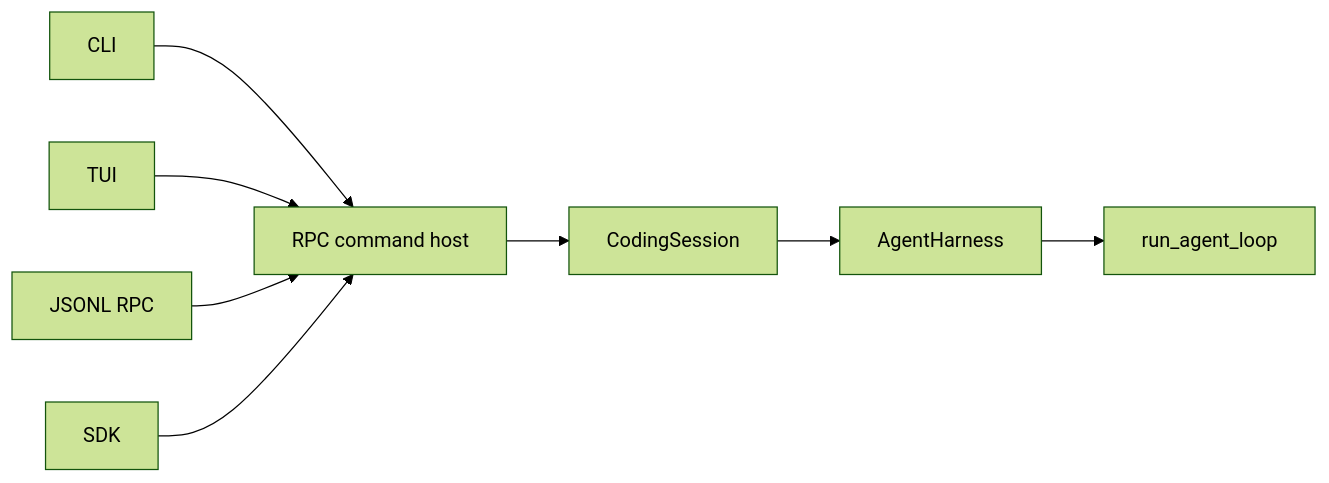
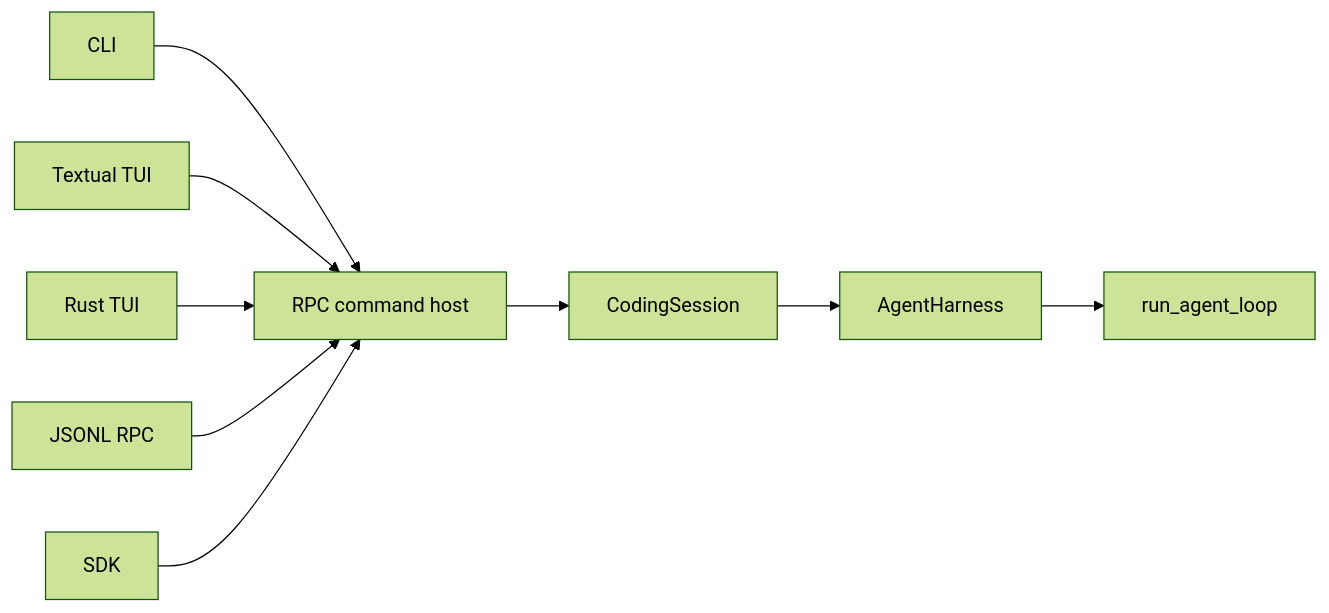
Before and after one commit to whanyu1212/Wisp: the diagram in site/architecture/index.md, drawn with Mermaid (forest theme). The commit also changed other lines of this file and 4 other files, not shown here.

First line of the commit message:
docs(tui): describe dual-frontend Textual and Rust coexistence (#543)

````diff
--- a/site/architecture/index.md
+++ b/site/architecture/index.md
@@ -15,10 +15,11 @@
 ```mermaid
 flowchart LR
   CLI[CLI] --> Host
-  TUI[TUI] --> Host
+  Textual[Textual TUI] --> Host
+  Rust[Rust TUI] --> Host
   RPC[JSONL RPC] --> Host
   SDK[SDK] --> Host
   Host[RPC command host] --> Session[CodingSession]
   Session --> Harness[AgentHarness]
   Harness --> Loop[run_agent_loop]
 ```
````
